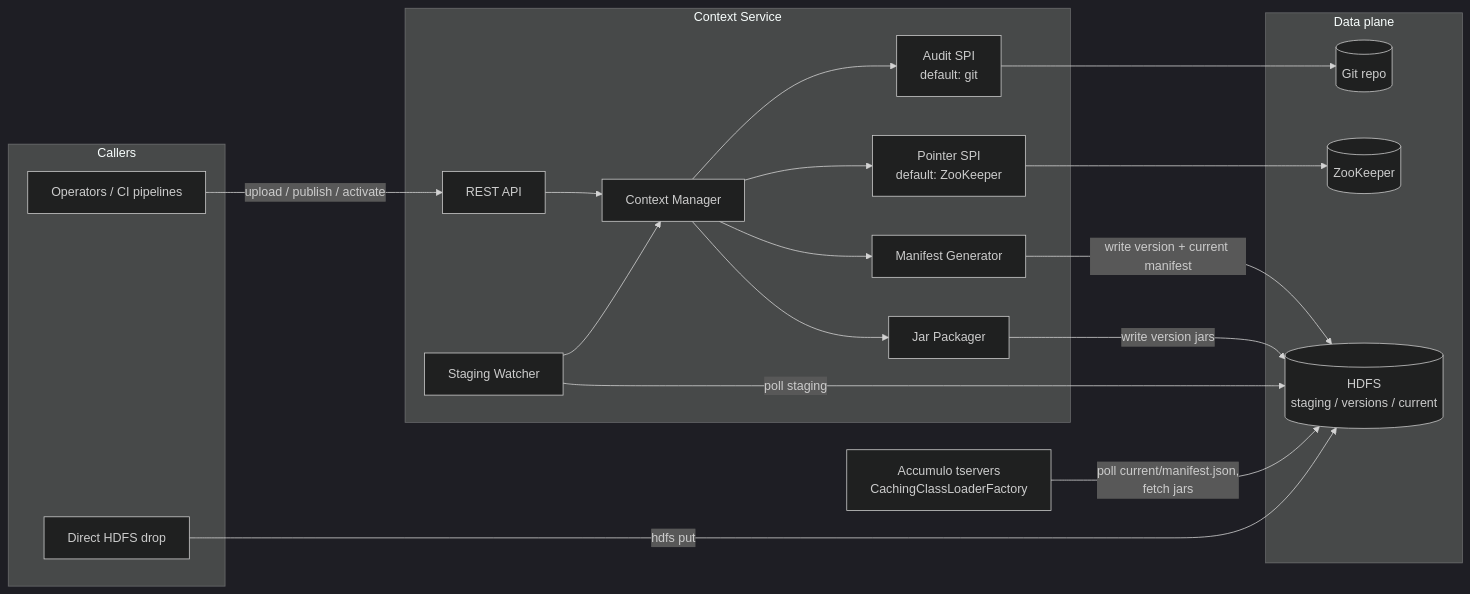
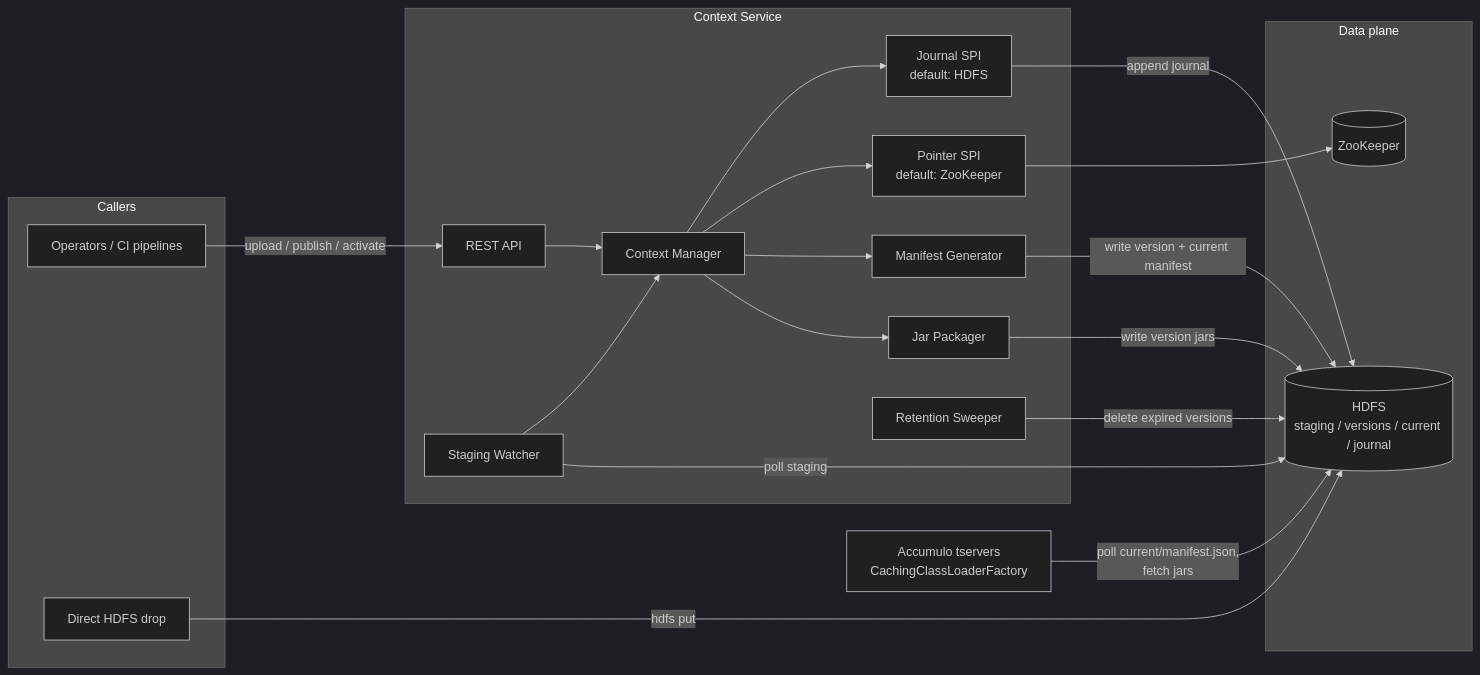
One commit to NationalSecurityAgency/datawave-file-provider-service changed the diagram in docs/high-level-design.md. Above: the diagram before and after it, drawn with Mermaid (dark theme). The commit also changed other lines of this file, not shown here.

First line of the commit message:
Replace git audit with HDFS journal; add retention/GC and onboarding failure handling

````diff
--- a/docs/high-level-design.md
+++ b/docs/high-level-design.md
@@ -62,40 +63,41 @@
 ```mermaid
 flowchart LR
     subgraph clients [Callers]
         U[Operators / CI pipelines]
         D[Direct HDFS drop]
     end
 
     subgraph svc [Context Service]
         API[REST API]
         CM[Context Manager]
         FW[Staging Watcher]
         JP[Jar Packager]
         MG[Manifest Generator]
         PTR[Pointer SPI<br/>default: ZooKeeper]
-        AUD[Audit SPI<br/>default: git]
+        AUD[Journal SPI<br/>default: HDFS]
+        GC[Retention Sweeper]
     end
 
     subgraph storage [Data plane]
-        HDFS[(HDFS<br/>staging / versions / current)]
+        HDFS[(HDFS<br/>staging / versions / current / journal)]
         ZK[(ZooKeeper)]
-        GIT[(Git repo)]
     end
 
     ACC[Accumulo tservers<br/>CachingClassLoaderFactory]
 
     U -->|upload / publish / activate| API
     D -->|hdfs put| HDFS
     API --> CM
     FW -->|poll staging| HDFS
     FW --> CM
     CM --> JP
     CM --> MG
     CM --> PTR
     CM --> AUD
     JP -->|write version jars| HDFS
     MG -->|write version + current manifest| HDFS
     PTR --> ZK
-    AUD --> GIT
+    AUD -->|append journal| HDFS
+    GC -->|delete expired versions| HDFS
     ACC -->|poll current/manifest.json,<br/>fetch jars| HDFS
 ```
````
